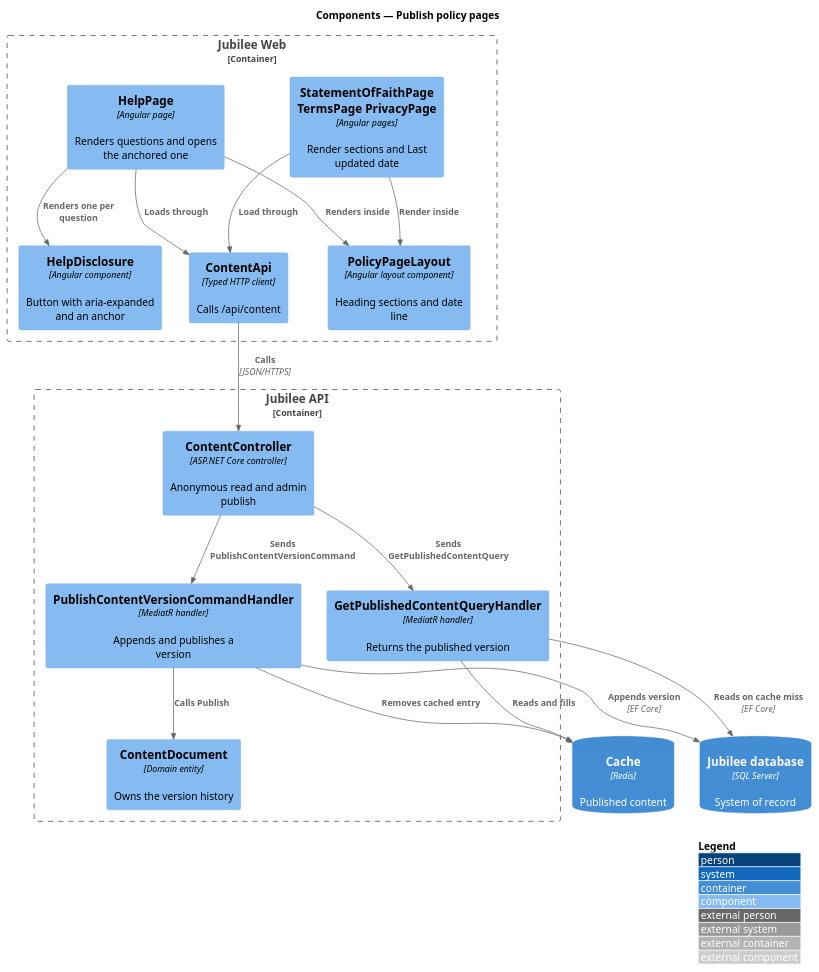
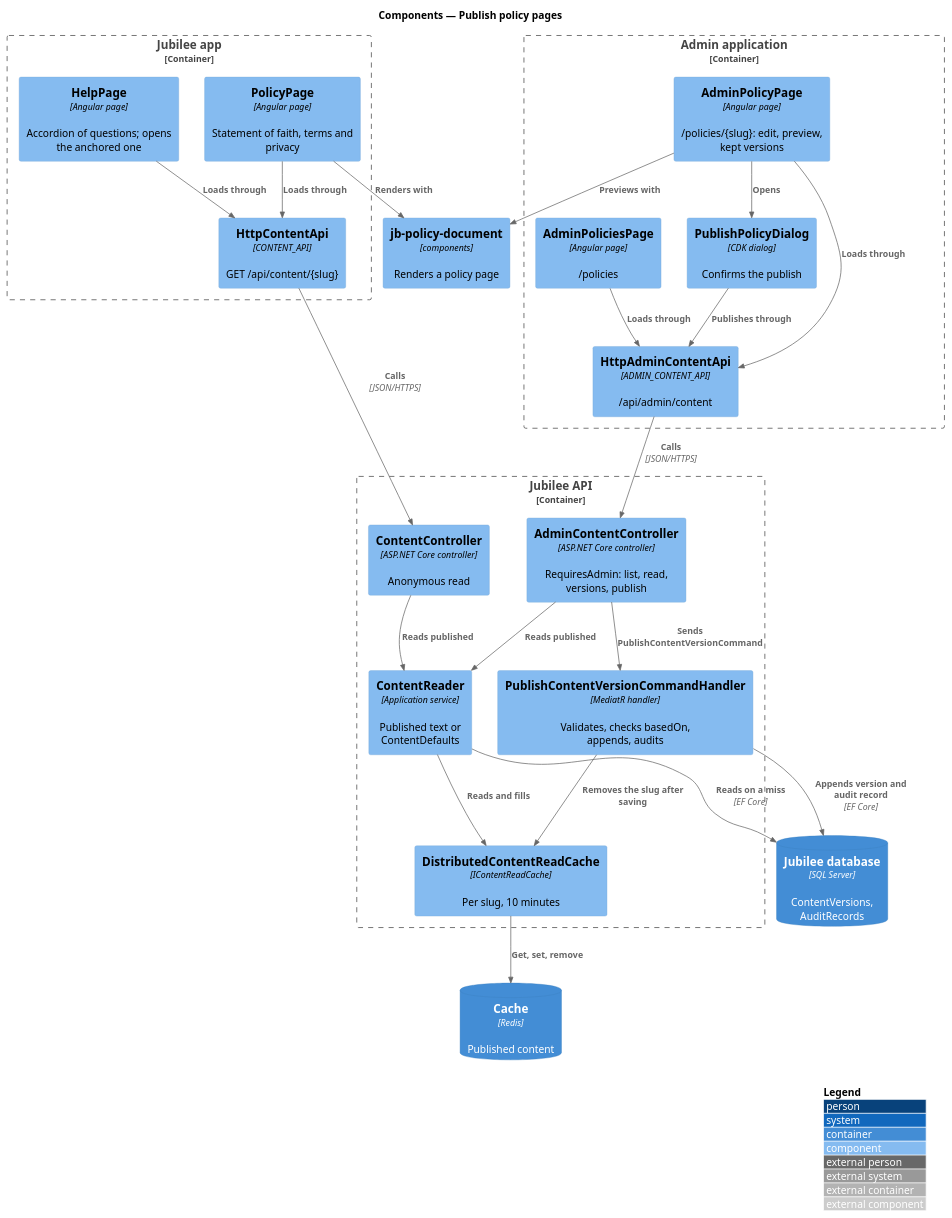
One commit to QuinntyneBrown/jubilee changed the diagram in docs/detailed-designs/trust-content/publish-policy-pages/diagrams/c4-component.puml. Above: the diagram before and after it, drawn with PlantUML. The commit also changed 18 other files, not shown here.

Commit message:
Journey 22: L2-226 (publish a policy version), ADR 0066 and the design as built

```diff
--- a/docs/detailed-designs/trust-content/publish-policy-pages/diagrams/c4-component.puml
+++ b/docs/detailed-designs/trust-content/publish-policy-pages/diagrams/c4-component.puml
@@ -1,35 +1,46 @@
 @startuml
 !include <C4/C4_Component>
 LAYOUT_WITH_LEGEND()
 title Components — Publish policy pages
 
-Container_Boundary(web, "Jubilee Web") {
-  Component(pages, "StatementOfFaithPage TermsPage PrivacyPage", "Angular pages", "Render sections and Last updated date")
-  Component(help, "HelpPage", "Angular page", "Renders questions and opens the anchored one")
-  Component(disc, "HelpDisclosure", "Angular component", "Button with aria-expanded and an anchor")
-  Component(layout, "PolicyPageLayout", "Angular layout component", "Heading sections and date line")
-  Component(client, "ContentApi", "Typed HTTP client", "Calls /api/content")
+Container_Boundary(web, "Jubilee app") {
+  Component(pages, "PolicyPage", "Angular page", "Statement of faith, terms and privacy")
+  Component(help, "HelpPage", "Angular page", "Accordion of questions; opens the anchored one")
+  Component(client, "HttpContentApi", "CONTENT_API", "GET /api/content/{slug}")
 }
+Container_Boundary(admin, "Admin application") {
+  Component(list, "AdminPoliciesPage", "Angular page", "/policies")
+  Component(editor, "AdminPolicyPage", "Angular page", "/policies/{slug}: edit, preview, kept versions")
+  Component(dialog, "PublishPolicyDialog", "CDK dialog", "Confirms the publish")
+  Component(adminClient, "HttpAdminContentApi", "ADMIN_CONTENT_API", "/api/admin/content")
+}
+Component(doc, "jb-policy-document", "components", "Renders a policy page")
 Container_Boundary(api, "Jubilee API") {
-  Component(ctrl, "ContentController", "ASP.NET Core controller", "Anonymous read and admin publish")
-  Component(read, "GetPublishedContentQueryHandler", "MediatR handler", "Returns the published version")
-  Component(pub, "PublishContentVersionCommandHandler", "MediatR handler", "Appends and publishes a version")
-  Component(doc, "ContentDocument", "Domain entity", "Owns the version history")
+  Component(ctrl, "ContentController", "ASP.NET Core controller", "Anonymous read")
+  Component(actrl, "AdminContentController", "ASP.NET Core controller", "RequiresAdmin: list, read, versions, publish")
+  Component(reader, "ContentReader", "Application service", "Published text or ContentDefaults")
+  Component(pub, "PublishContentVersionCommandHandler", "MediatR handler", "Validates, checks basedOn, appends, audits")
+  Component(cacheSvc, "DistributedContentReadCache", "IContentReadCache", "Per slug, 10 minutes")
 }
-ContainerDb(db, "Jubilee database", "SQL Server", "System of record")
+ContainerDb(db, "Jubilee database", "SQL Server", "ContentVersions, AuditRecords")
 ContainerDb(cache, "Cache", "Redis", "Published content")
 
-Rel(pages, layout, "Render inside")
-Rel(help, layout, "Renders inside")
-Rel(help, disc, "Renders one per question")
-Rel(pages, client, "Load through")
+Rel(pages, doc, "Renders with")
+Rel(editor, doc, "Previews with")
+Rel(pages, client, "Loads through")
 Rel(help, client, "Loads through")
+Rel(list, adminClient, "Loads through")
+Rel(editor, dialog, "Opens")
+Rel(editor, adminClient, "Loads through")
+Rel(dialog, adminClient, "Publishes through")
 Rel(client, ctrl, "Calls", "JSON/HTTPS")
-Rel(ctrl, read, "Sends GetPublishedContentQuery")
-Rel(ctrl, pub, "Sends PublishContentVersionCommand")
-Rel(read, cache, "Reads and fills")
-Rel(read, db, "Reads on cache miss", "EF Core")
-Rel(pub, doc, "Calls Publish")
-Rel(pub, db, "Appends version", "EF Core")
-Rel(pub, cache, "Removes cached entry")
+Rel(adminClient, actrl, "Calls", "JSON/HTTPS")
+Rel(ctrl, reader, "Reads published")
+Rel(actrl, reader, "Reads published")
+Rel(actrl, pub, "Sends PublishContentVersionCommand")
+Rel(reader, cacheSvc, "Reads and fills")
+Rel(cacheSvc, cache, "Get, set, remove")
+Rel(reader, db, "Reads on a miss", "EF Core")
+Rel(pub, db, "Appends version and audit record", "EF Core")
+Rel(pub, cacheSvc, "Removes the slug after saving")
 @enduml
```
